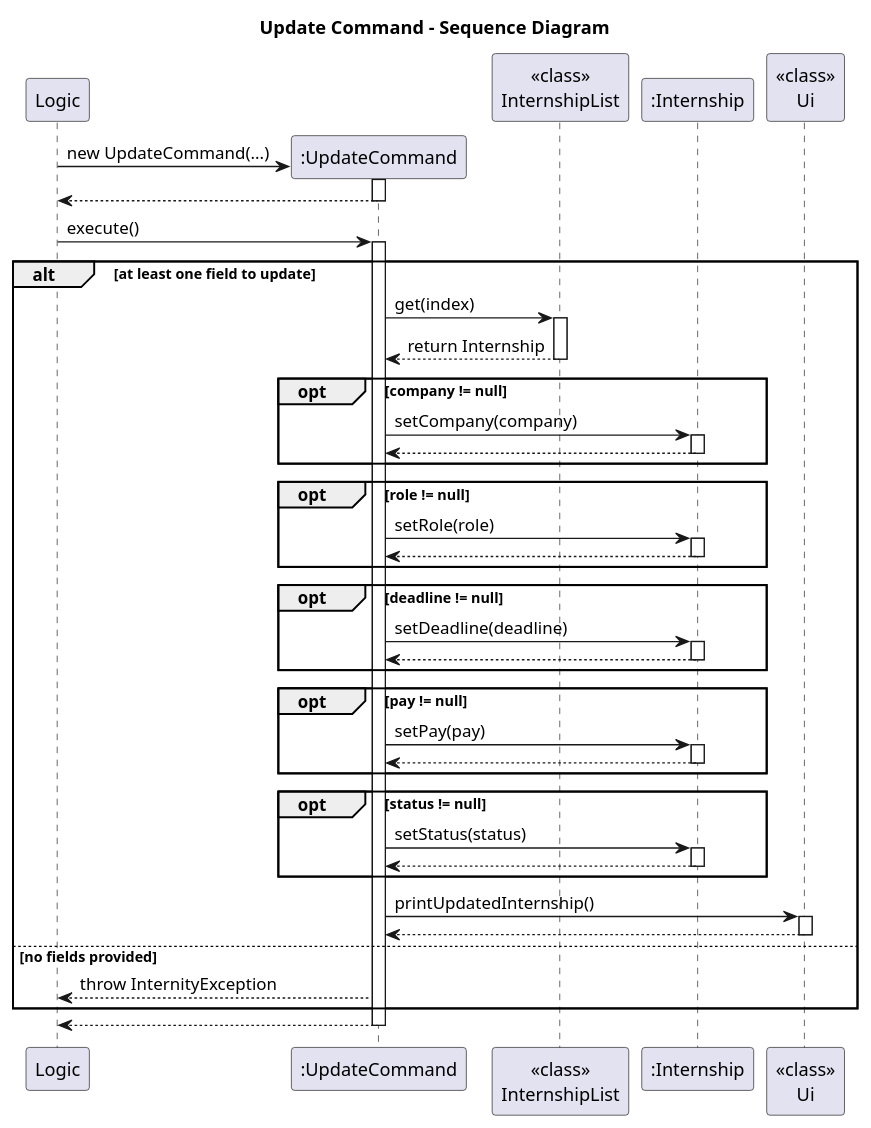
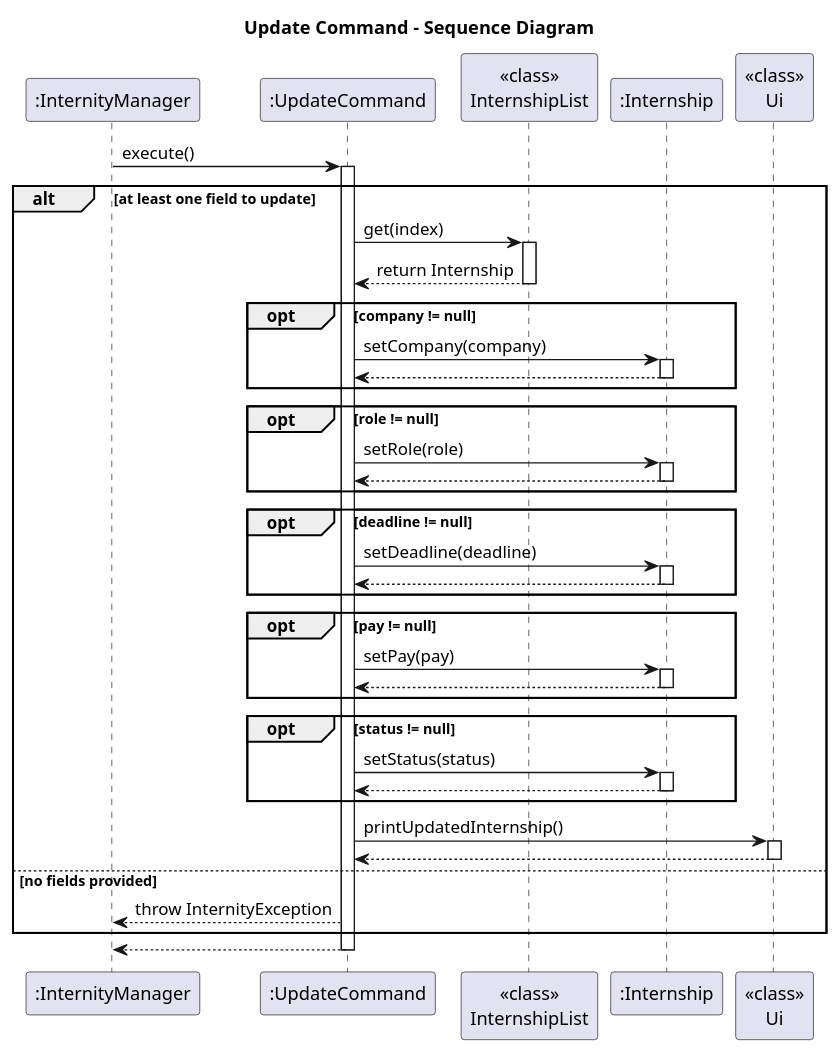
Before and after one commit to AY2526S1-CS2113-W14-4/tp: the diagram in docs/diagrams/UpdateCommandSD.puml, drawn with PlantUML. The commit also changed 15 other files, not shown here.

Commit message:
Fix more UML diagrams

```diff
--- a/docs/diagrams/UpdateCommandSD.puml
+++ b/docs/diagrams/UpdateCommandSD.puml
@@ -1,69 +1,67 @@
 @startuml
 title Update Command - Sequence Diagram
 
-participant Logic
-create ":UpdateCommand" as UC
+participant Logic as ":InternityManager"
+participant ":UpdateCommand" as UC
 participant "<<class>>\nInternshipList" as IL
 participant ":Internship" as IN
 participant "<<class>>\nUi" as Ui
 
-Logic -> UC**: new UpdateCommand(...)
-activate UC
-return
+
 
 Logic -> UC: execute()
 activate UC
 
 alt at least one field to update
     UC -> IL: get(index)
     activate IL
     IL --> UC : return Internship
     deactivate IL
 
     opt company != null
         UC -> IN: setCompany(company)
         activate IN
         IN --> UC
         deactivate IN
     end
 
     opt role != null
         UC -> IN: setRole(role)
         activate IN
         IN --> UC
         deactivate IN
     end
 
     opt deadline != null
         UC -> IN: setDeadline(deadline)
         activate IN
         IN --> UC
         deactivate IN
     end
 
     opt pay != null
         UC -> IN: setPay(pay)
         activate IN
         IN --> UC
         deactivate IN
     end
 
     opt status != null
         UC -> IN: setStatus(status)
         activate IN
         IN --> UC
         deactivate IN
     end
 
     UC -> Ui: printUpdatedInternship()
     activate Ui
     Ui --> UC
     deactivate Ui
 
 else no fields provided
     UC --> Logic: throw InternityException
 end
 
 UC --> Logic
 deactivate UC
 @enduml
```
